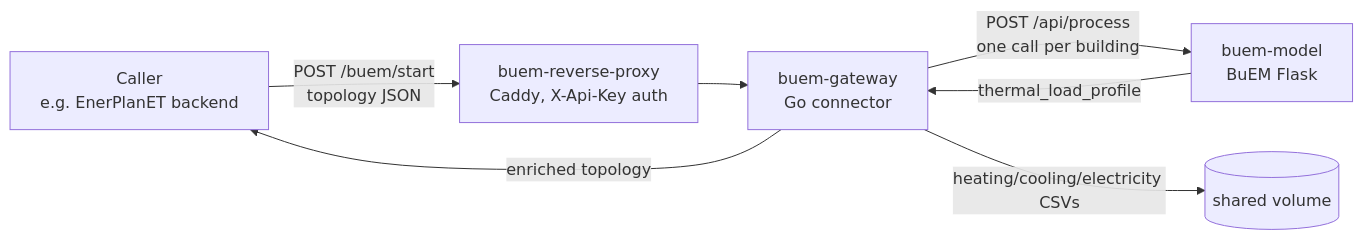
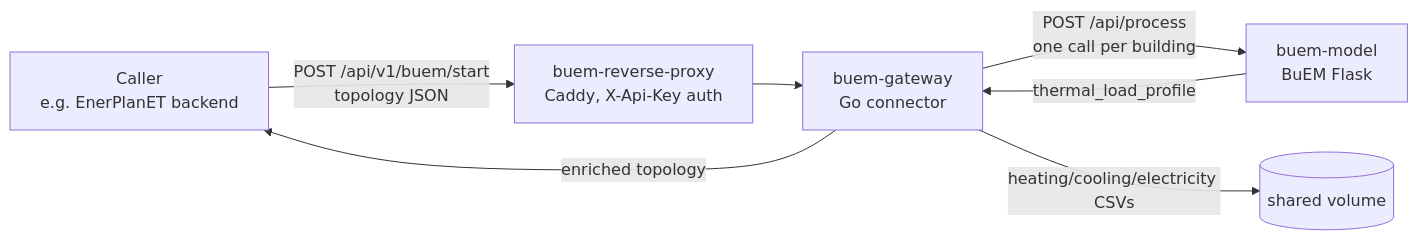
Before and after one commit to enerplanet/buem-gateway: the diagram in docs/index.md, drawn with Mermaid. The commit also changed 16 other files, not shown here.

````diff
--- a/docs/index.md
+++ b/docs/index.md
@@ -22,9 +22,9 @@
 ```mermaid
 graph LR
-    CALLER[Caller<br>e.g. EnerPlanET backend] -->|POST /buem/start<br>topology JSON| PROXY[buem-reverse-proxy<br>Caddy, X-Api-Key auth]
+    CALLER[Caller<br>e.g. EnerPlanET backend] -->|POST /api/v1/buem/start<br>topology JSON| PROXY[buem-reverse-proxy<br>Caddy, X-Api-Key auth]
     PROXY --> APP[buem-gateway<br>Go connector]
     APP -->|POST /api/process<br>one call per building| MODEL[buem-model<br>BuEM Flask]
     MODEL -->|thermal_load_profile| APP
     APP -->|enriched topology| CALLER
     APP -->|heating/cooling/electricity CSVs| VOL[(shared volume)]
 ```
````
